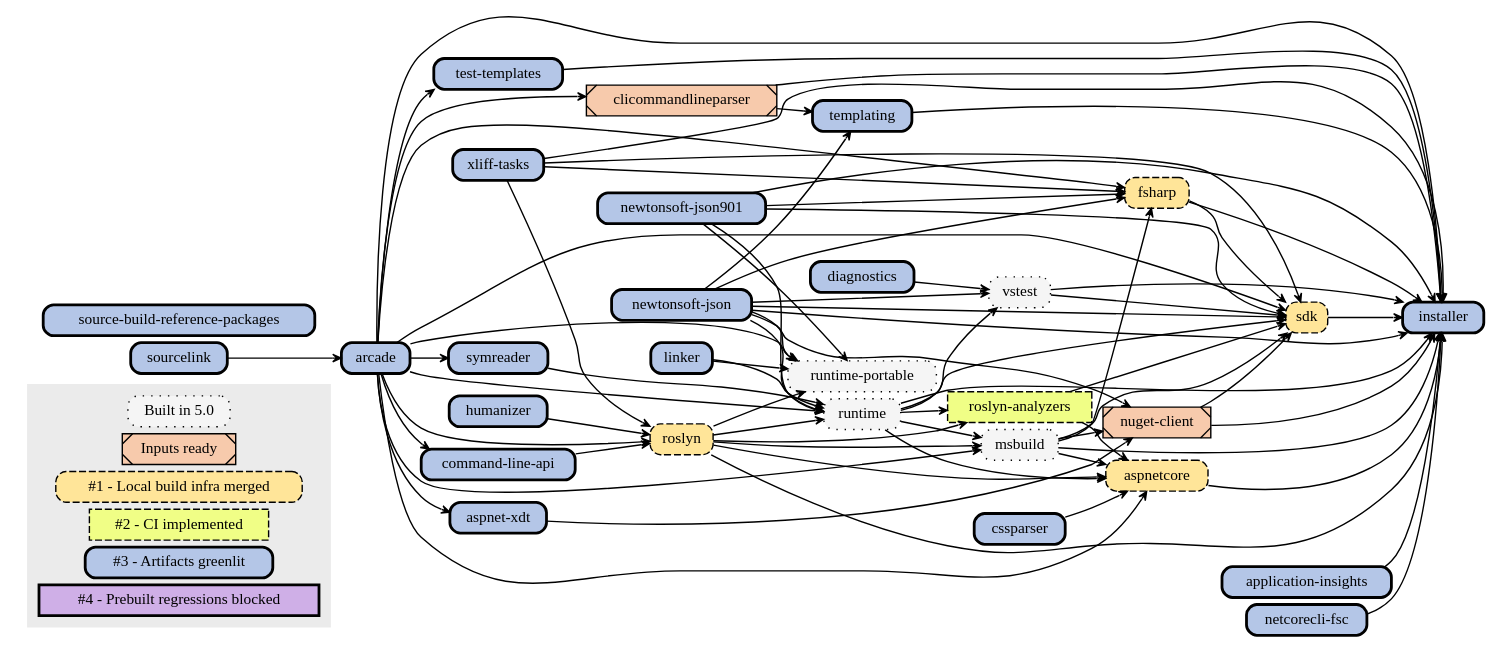
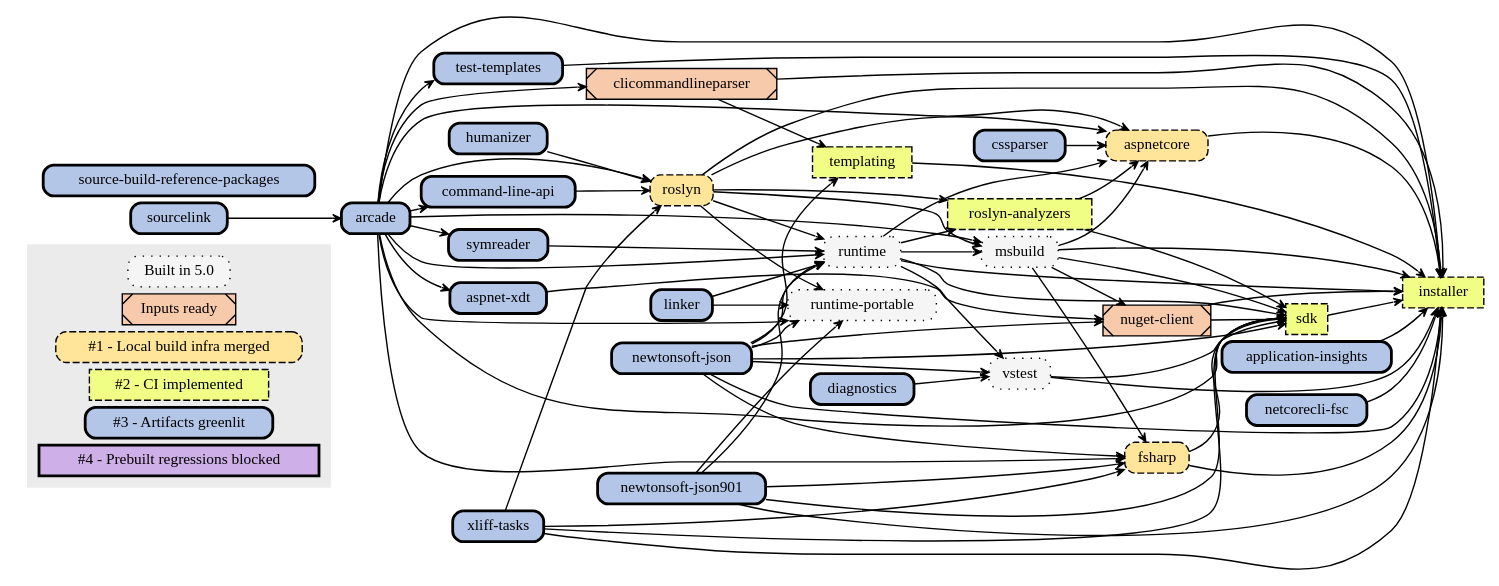
Before and after one commit to dotnet/source-build: the diagram in Documentation/planning/arcade-powered-source-build/img/implementation-plan-graph.dot, drawn with Graphviz. The commit also changed other lines of this file, not shown here.

```diff
--- a/Documentation/planning/arcade-powered-source-build/img/implementation-plan-graph.dot
+++ b/Documentation/planning/arcade-powered-source-build/img/implementation-plan-graph.dot
@@ -1,147 +1,147 @@
 // dot.exe implementation-plan-graph.dot -Tsvg -o implementation-plan-graph.svg
 
 digraph {
 node[
   shape=rect
   width=0 height=0 margin=0.07
   style=filled
   fontsize=11]
 edge[
   penwidth=1
   arrowsize=0.6
   arrowhead=vee
   pencolor="#444444"]
 rankdir=LR
 nodesep=0.07
 ranksep=0.08
 
 node [fillcolor="#F5F5F5",style="dotted,filled,rounded",tooltip="Built"]
 "pre0"[label="Built in 5.0"]
 "msbuild"
 "runtime-portable"
 "runtime"
 "vstest"
 
 node [fillcolor="#F7CAAC",style="filled,diagonals",tooltip="Inputs ready"]
 "pre1"[label="Inputs ready"]
 "clicommandlineparser"
 "nuget-client"
 
 node [fillcolor="#FFE599",style="dashed,filled,rounded",tooltip="1"]
 "s1"[label="#1 - Local build infra merged"]
 "aspnetcore"
 "fsharp"
 "roslyn"
-"sdk"
 
 node [fillcolor="#F0FE86",style="dashed,filled",tooltip="2"]
 "s2"[label="#2 - CI implemented"]
+"installer"
 "roslyn-analyzers"
+"sdk"
+"templating"
 
 node [fillcolor="#B4C6E7",style="bold,filled,rounded",tooltip="3"]
 "s3"[label="#3 - Artifacts greenlit"]
 "application-insights"
 "arcade"
 "aspnet-xdt"
 "command-line-api"
 "cssparser"
 "diagnostics"
 "humanizer"
-"installer"
 "linker"
 "netcorecli-fsc"
 "newtonsoft-json"
 "newtonsoft-json901"
 "source-build-reference-packages"
 "sourcelink"
 "symreader"
-"templating"
 "test-templates"
 "xliff-tasks"
 
 node [fillcolor="#CFAFE7",style="bold,filled",tooltip="4"]
 "s4"[label="#4 - Prebuilt regressions blocked"]
 
 // Color all future nodes red. All nodes should be accounted for: red means they need a category.
 node [fillcolor="#FF0000",style=filled]
 
 subgraph clusterLegend {
   style=filled
   color="#ebebeb"
   "pre0" "pre1" "s1" "s2" "s3" "s4"
 }
 
 // Remaining text created by generate-graphviz.proj based on repos/*.proj:
 "sourcelink" -> "arcade"
 "arcade" -> "aspnet-xdt"
 "arcade" -> "aspnetcore"
 "cssparser" -> "aspnetcore"
 "runtime" -> "aspnetcore"
 "msbuild" -> "aspnetcore"
 "roslyn" -> "aspnetcore"
 "roslyn-analyzers" -> "aspnetcore"
 "arcade" -> "clicommandlineparser"
 "arcade" -> "command-line-api"
 "arcade" -> "fsharp"
 "msbuild" -> "fsharp"
 "newtonsoft-json901" -> "fsharp"
 "newtonsoft-json" -> "fsharp"
 "xliff-tasks" -> "fsharp"
 "application-insights" -> "installer"
 "arcade" -> "installer"
 "aspnetcore" -> "installer"
 "clicommandlineparser" -> "installer"
 "fsharp" -> "installer"
 "msbuild" -> "installer"
 "netcorecli-fsc" -> "installer"
 "newtonsoft-json" -> "installer"
 "newtonsoft-json901" -> "installer"
 "nuget-client" -> "installer"
 "roslyn" -> "installer"
 "runtime" -> "installer"
 "sdk" -> "installer"
 "templating" -> "installer"
 "test-templates" -> "installer"
 "vstest" -> "installer"
 "xliff-tasks" -> "installer"
 "arcade" -> "msbuild"
 "runtime" -> "msbuild"
 "roslyn" -> "msbuild"
 "newtonsoft-json" -> "nuget-client"
 "msbuild" -> "nuget-client"
 "aspnet-xdt" -> "nuget-client"
 "runtime" -> "roslyn-analyzers"
 "roslyn" -> "roslyn-analyzers"
 "arcade" -> "roslyn"
 "command-line-api" -> "roslyn"
 "humanizer" -> "roslyn"
 "xliff-tasks" -> "roslyn"
 "arcade" -> "runtime-portable"
 "linker" -> "runtime-portable"
 "newtonsoft-json" -> "runtime-portable"
 "newtonsoft-json901" -> "runtime-portable"
 "roslyn" -> "runtime-portable"
 "arcade" -> "runtime"
 "symreader" -> "runtime"
 "linker" -> "runtime"
 "newtonsoft-json" -> "runtime"
 "newtonsoft-json901" -> "runtime"
 "roslyn" -> "runtime"
 "arcade" -> "sdk"
 "xliff-tasks" -> "sdk"
 "runtime" -> "sdk"
 "msbuild" -> "sdk"
 "newtonsoft-json" -> "sdk"
 "newtonsoft-json901" -> "sdk"
 "nuget-client" -> "sdk"
 "roslyn-analyzers" -> "sdk"
 "vstest" -> "sdk"
 "fsharp" -> "sdk"
 "arcade" -> "symreader"
 "clicommandlineparser" -> "templating"
 "newtonsoft-json" -> "templating"
 "arcade" -> "test-templates"
 "diagnostics" -> "vstest"
 "runtime" -> "vstest"
 "newtonsoft-json" -> "vstest"
 }
```
